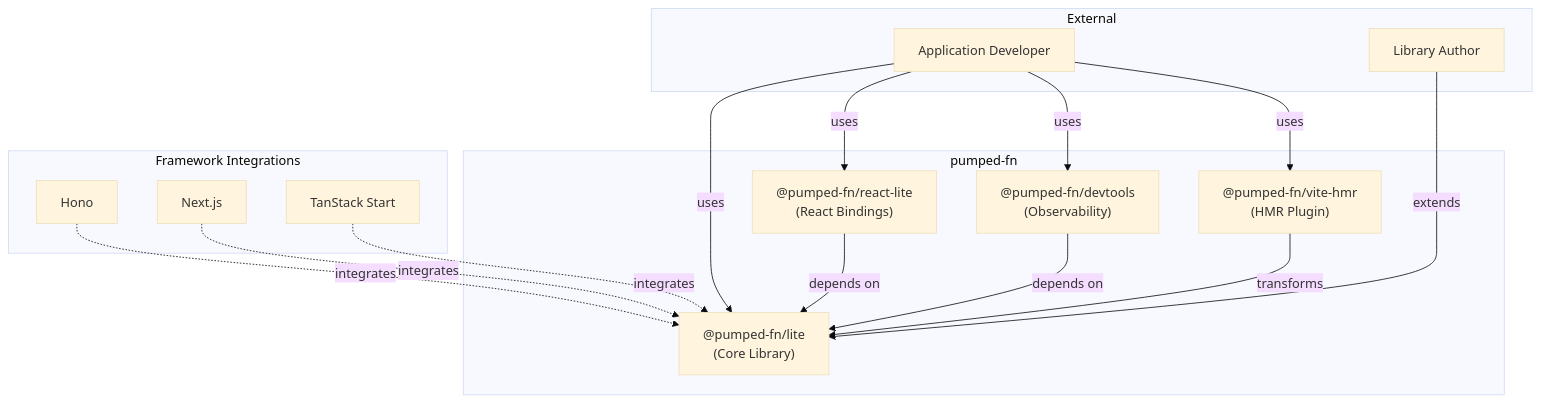
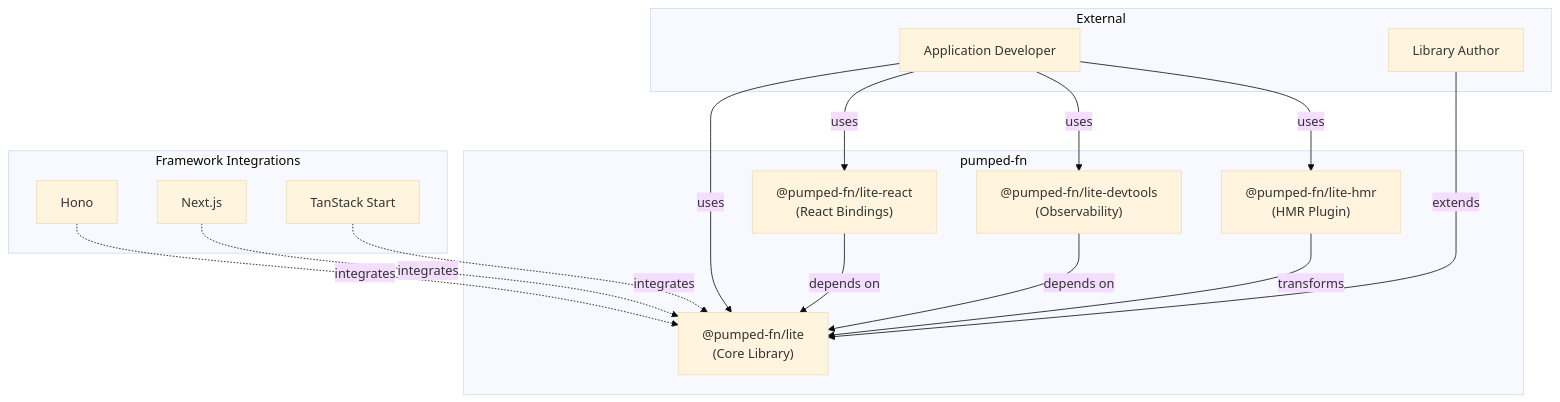
One commit to pumped-fn/pumped-fn changed the diagram in .c3/README.md. Above: the diagram before and after it, drawn with Mermaid (base theme). The commit also changed other lines of this file and 52 other files, not shown here.

````diff
--- a/.c3/README.md
+++ b/.c3/README.md
@@ -27,34 +27,34 @@
 ```mermaid
 graph TB
     subgraph "External"
         AppDev[Application Developer]
         LibAuthor[Library Author]
     end
 
     subgraph "pumped-fn"
         Lite["@pumped-fn/lite<br/>(Core Library)"]
-        ReactLite["@pumped-fn/react-lite<br/>(React Bindings)"]
-        Devtools["@pumped-fn/devtools<br/>(Observability)"]
-        ViteHMR["@pumped-fn/vite-hmr<br/>(HMR Plugin)"]
+        ReactLite["@pumped-fn/lite-react<br/>(React Bindings)"]
+        Devtools["@pumped-fn/lite-devtools<br/>(Observability)"]
+        LiteHMR["@pumped-fn/lite-hmr<br/>(HMR Plugin)"]
     end
 
     subgraph "Framework Integrations"
         Hono[Hono]
         NextJS[Next.js]
         TanStack[TanStack Start]
     end
 
     AppDev -->|uses| Lite
     AppDev -->|uses| ReactLite
     AppDev -->|uses| Devtools
     LibAuthor -->|extends| Lite
 
     ReactLite -->|depends on| Lite
     Devtools -->|depends on| Lite
-    ViteHMR -->|transforms| Lite
+    LiteHMR -->|transforms| Lite
 
-    AppDev -->|uses| ViteHMR
+    AppDev -->|uses| LiteHMR
     Hono -.->|integrates| Lite
     NextJS -.->|integrates| Lite
     TanStack -.->|integrates| Lite
 ```
````
